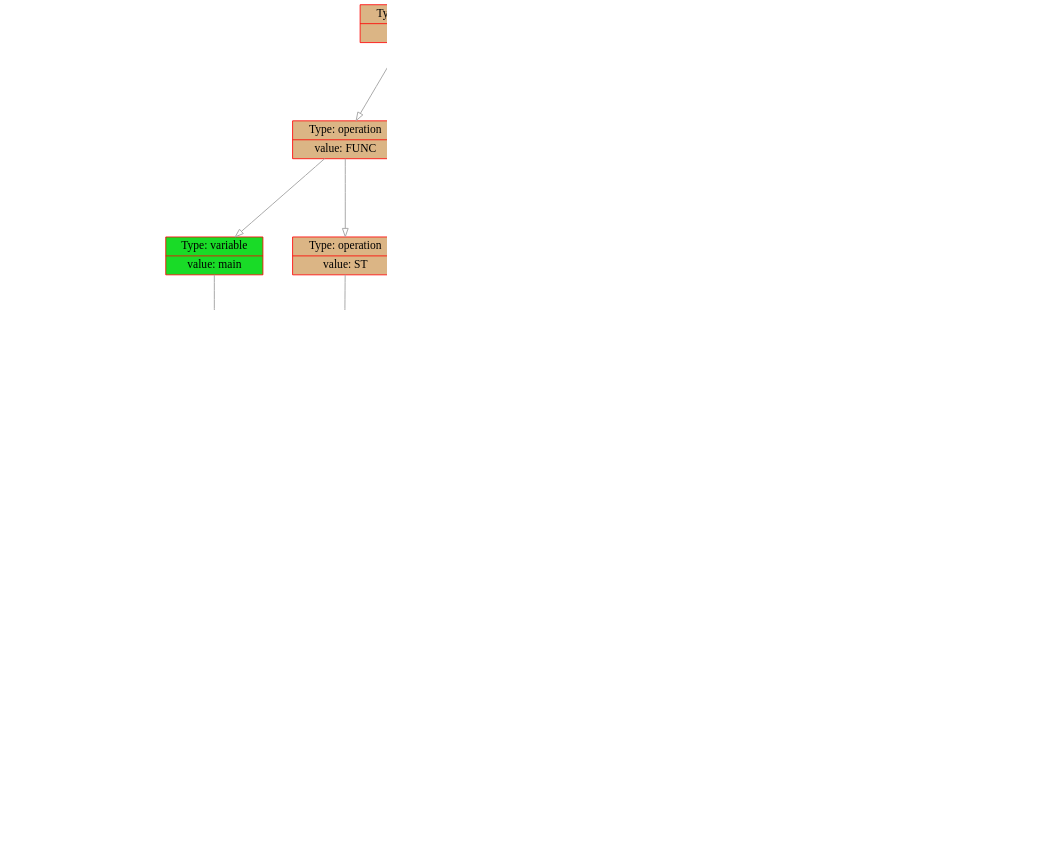
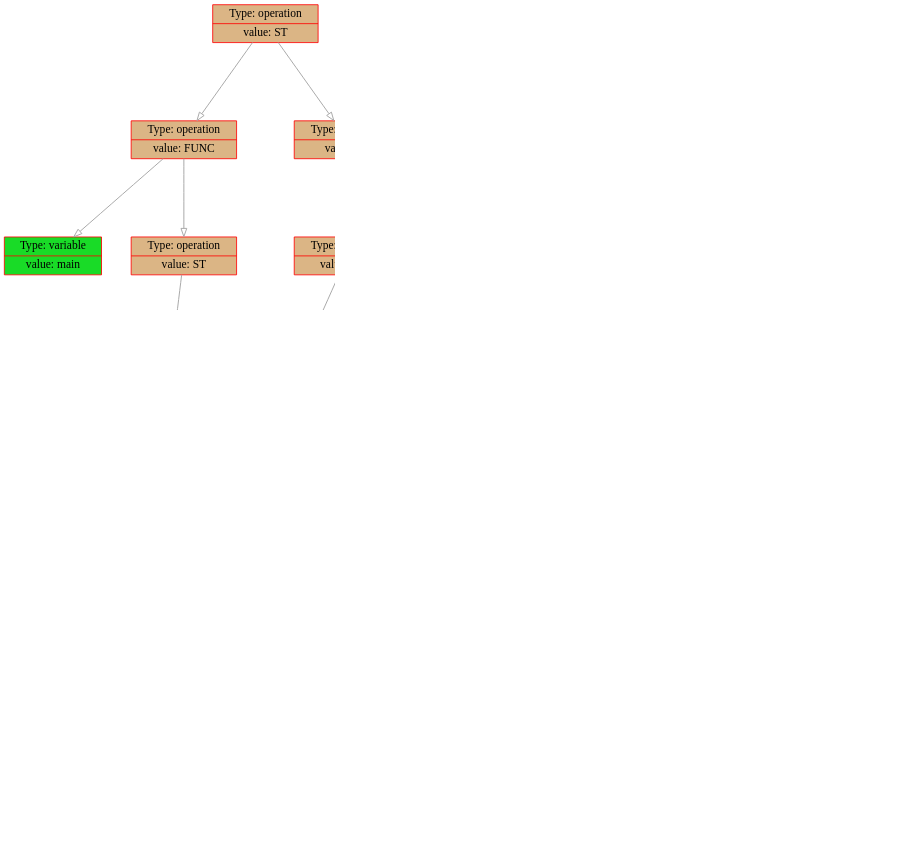
The diagram in frontend/data/graph.dot (dodokek/ProgrammingLanguage), drawn with Graphviz before and after one commit. The commit also changed 9 other files, not shown here.

```diff
--- a/frontend/data/graph.dot
+++ b/frontend/data/graph.dot
@@ -1,103 +1,79 @@
 
     digraph g {
         dpi      = 200;
         fontname = "Comic Sans MS";
         fontsize = 20;
         rankdir   =  TB;
         edge [color = darkgrey, arrowhead = onormal, arrowsize = 1, penwidth = 1.2]
         graph[fillcolor = lightgreen, ranksep = 1.3, nodesep = 0.5,
         style = "rounded, filled",color = green, penwidth = 2]
 
-    Node0000028019688ca0[shape=record, width=0.2, style="filled", color="red", fillcolor="#DBB585",label=" {Type: operation | value: ST}"] 
+    Node000002667b0a8450[shape=record, width=0.2, style="filled", color="red", fillcolor="#DBB585",label=" {Type: operation | value: ST}"] 
  
-Node0000028019688410[shape=record, width=0.2, style="filled", color="red", fillcolor="#DBB585",label=" {Type: operation | value: FUNC}"] 
+Node000002667b0a7640[shape=record, width=0.2, style="filled", color="red", fillcolor="#DBB585",label=" {Type: operation | value: FUNC}"] 
  
-Node00000280196875b0[shape=record, width=0.2, style="filled", color="red", fillcolor="#19DB27",label=" {Type: variable | value: main}"] 
+Node000002667b0a75b0[shape=record, width=0.2, style="filled", color="red", fillcolor="#19DB27",label=" {Type: variable | value: main}"] 
  
-Node00000280196884a0[shape=record, width=0.2, style="filled", color="red", fillcolor="#DBB585",label=" {Type: operation | value: PARAM}"] 
+Node000002667b0a7610[shape=record, width=0.2, style="filled", color="red", fillcolor="#DBB585",label=" {Type: operation | value: ST}"] 
  
-Node0000028019687640[shape=record, width=0.2, style="filled", color="red", fillcolor="#DBB585",label=" {Type: operation | value: VAR}"] 
+Node000002667b0a75e0[shape=record, width=0.2, style="filled", color="red", fillcolor="#DB8E21",label=" {Type: number | value: 2}"] 
  
-Node00000280196875e0[shape=record, width=0.2, style="filled", color="red", fillcolor="#19DB27",label=" {Type: variable | value: X}"] 
+Node000002667b0a83f0[shape=record, width=0.2, style="filled", color="red", fillcolor="#DBB585",label=" {Type: operation | value: ST}"] 
  
-Node0000028019687610[shape=record, width=0.2, style="filled", color="red", fillcolor="#DB8E21",label=" {Type: number | value: 10}"] 
+Node000002667b0a8070[shape=record, width=0.2, style="filled", color="red", fillcolor="#DBB585",label=" {Type: operation | value: VAR}"] 
  
-Node00000280196880c0[shape=record, width=0.2, style="filled", color="red", fillcolor="#DBB585",label=" {Type: operation | value: PARAM}"] 
+Node000002667b0a8010[shape=record, width=0.2, style="filled", color="red", fillcolor="#19DB27",label=" {Type: variable | value: Y}"] 
  
-Node0000028019688090[shape=record, width=0.2, style="filled", color="red", fillcolor="#DBB585",label=" {Type: operation | value: VAR}"] 
+Node000002667b0a8040[shape=record, width=0.2, style="filled", color="red", fillcolor="#DB8E21",label=" {Type: number | value: 20}"] 
  
-Node0000028019688030[shape=record, width=0.2, style="filled", color="red", fillcolor="#19DB27",label=" {Type: variable | value: X}"] 
+Node000002667b0a83c0[shape=record, width=0.2, style="filled", color="red", fillcolor="#DBB585",label=" {Type: operation | value: ST}"] 
  
-Node0000028019688060[shape=record, width=0.2, style="filled", color="red", fillcolor="#DB8E21",label=" {Type: number | value: 10}"] 
+Node000002667b0a8420[shape=record, width=0.2, style="filled", color="red", fillcolor="#DBB585",label=" {Type: operation | value: IF}"] 
  
-Node0000028019688200[shape=record, width=0.2, style="filled", color="red", fillcolor="#DBB585",label=" {Type: operation | value: ST}"] 
+Node000002667b0a8180[shape=record, width=0.2, style="filled", color="red", fillcolor="#DBB585",label=" {Type: operation | value: ADD}"] 
  
-Node0000028019688290[shape=record, width=0.2, style="filled", color="red", fillcolor="#DB8E21",label=" {Type: number | value: 2}"] 
+Node000002667b0a80a0[shape=record, width=0.2, style="filled", color="red", fillcolor="#DB8E21",label=" {Type: number | value: 2}"] 
  
-Node00000280196886d0[shape=record, width=0.2, style="filled", color="red", fillcolor="#DBB585",label=" {Type: operation | value: ST}"] 
+Node000002667b0a8150[shape=record, width=0.2, style="filled", color="red", fillcolor="#DB8E21",label=" {Type: number | value: 2}"] 
  
-Node00000280196882c0[shape=record, width=0.2, style="filled", color="red", fillcolor="#DBB585",label=" {Type: operation | value: VAR}"] 
+Node000002667b0a8120[shape=record, width=0.2, style="filled", color="red", fillcolor="#DBB585",label=" {Type: operation | value: ELSE}"] 
  
-Node00000280196882f0[shape=record, width=0.2, style="filled", color="red", fillcolor="#19DB27",label=" {Type: variable | value: Y}"] 
+Node000002667b0a8360[shape=record, width=0.2, style="filled", color="red", fillcolor="#DBB585",label=" {Type: operation | value: ST}"] 
  
-Node0000028019688260[shape=record, width=0.2, style="filled", color="red", fillcolor="#DB8E21",label=" {Type: number | value: 20}"] 
+Node000002667b0a8390[shape=record, width=0.2, style="filled", color="red", fillcolor="#DBB585",label=" {Type: operation | value: VAR}"] 
  
-Node0000028019688c10[shape=record, width=0.2, style="filled", color="red", fillcolor="#DBB585",label=" {Type: operation | value: ST}"] 
+Node000002667b0a8480[shape=record, width=0.2, style="filled", color="red", fillcolor="#19DB27",label=" {Type: variable | value: Y}"] 
  
-Node00000280196885e0[shape=record, width=0.2, style="filled", color="red", fillcolor="#DBB585",label=" {Type: operation | value: IF}"] 
+Node000002667b0a81b0[shape=record, width=0.2, style="filled", color="red", fillcolor="#DB8E21",label=" {Type: number | value: 2}"] 
  
-Node0000028019688440[shape=record, width=0.2, style="filled", color="red", fillcolor="#DBB585",label=" {Type: operation | value: ADD}"] 
+Node000002667b0a8210[shape=record, width=0.2, style="filled", color="red", fillcolor="#DBB585",label=" {Type: operation | value: ST}"] 
  
-Node0000028019688320[shape=record, width=0.2, style="filled", color="red", fillcolor="#DB8E21",label=" {Type: number | value: 2}"] 
+Node000002667b0a8330[shape=record, width=0.2, style="filled", color="red", fillcolor="#DBB585",label=" {Type: operation | value: VAR}"] 
  
-Node0000028019688380[shape=record, width=0.2, style="filled", color="red", fillcolor="#DB8E21",label=" {Type: number | value: 2}"] 
+Node000002667b0a81e0[shape=record, width=0.2, style="filled", color="red", fillcolor="#19DB27",label=" {Type: variable | value: Y}"] 
  
-Node0000028019688350[shape=record, width=0.2, style="filled", color="red", fillcolor="#DBB585",label=" {Type: operation | value: ELSE}"] 
+Node000002667b0a8240[shape=record, width=0.2, style="filled", color="red", fillcolor="#DB8E21",label=" {Type: number | value: 2}"] 
  
-Node0000028019688140[shape=record, width=0.2, style="filled", color="red", fillcolor="#DBB585",label=" {Type: operation | value: ST}"] 
- 
-Node00000280196883b0[shape=record, width=0.2, style="filled", color="red", fillcolor="#DBB585",label=" {Type: operation | value: VAR}"] 
- 
-Node0000028019688470[shape=record, width=0.2, style="filled", color="red", fillcolor="#19DB27",label=" {Type: variable | value: Y}"] 
- 
-Node00000280196883e0[shape=record, width=0.2, style="filled", color="red", fillcolor="#DB8E21",label=" {Type: number | value: 2}"] 
- 
-Node00000280196881d0[shape=record, width=0.2, style="filled", color="red", fillcolor="#DBB585",label=" {Type: operation | value: ST}"] 
- 
-Node0000028019688230[shape=record, width=0.2, style="filled", color="red", fillcolor="#DBB585",label=" {Type: operation | value: VAR}"] 
- 
-Node0000028019688170[shape=record, width=0.2, style="filled", color="red", fillcolor="#19DB27",label=" {Type: variable | value: Y}"] 
- 
-Node00000280196881a0[shape=record, width=0.2, style="filled", color="red", fillcolor="#DB8E21",label=" {Type: number | value: 2}"] 
- 
-Node0000028019688ca0->Node0000028019688410
-Node0000028019688410->Node00000280196875b0
-Node00000280196875b0->Node00000280196884a0
-Node00000280196884a0->Node0000028019687640
-Node0000028019687640->Node00000280196875e0
-Node0000028019687640->Node0000028019687610
-Node00000280196884a0->Node00000280196880c0
-Node00000280196880c0->Node0000028019688090
-Node0000028019688090->Node0000028019688030
-Node0000028019688090->Node0000028019688060
-Node0000028019688410->Node0000028019688200
-Node0000028019688200->Node0000028019688290
-Node0000028019688ca0->Node00000280196886d0
-Node00000280196886d0->Node00000280196882c0
-Node00000280196882c0->Node00000280196882f0
-Node00000280196882c0->Node0000028019688260
-Node00000280196886d0->Node0000028019688c10
-Node0000028019688c10->Node00000280196885e0
-Node00000280196885e0->Node0000028019688440
-Node0000028019688440->Node0000028019688320
-Node0000028019688440->Node0000028019688380
-Node00000280196885e0->Node0000028019688350
-Node0000028019688350->Node0000028019688140
-Node0000028019688140->Node00000280196883b0
-Node00000280196883b0->Node0000028019688470
-Node00000280196883b0->Node00000280196883e0
-Node0000028019688350->Node00000280196881d0
-Node00000280196881d0->Node0000028019688230
-Node0000028019688230->Node0000028019688170
-Node0000028019688230->Node00000280196881a0
+Node000002667b0a8450->Node000002667b0a7640
+Node000002667b0a7640->Node000002667b0a75b0
+Node000002667b0a7640->Node000002667b0a7610
+Node000002667b0a7610->Node000002667b0a75e0
+Node000002667b0a8450->Node000002667b0a83f0
+Node000002667b0a83f0->Node000002667b0a8070
+Node000002667b0a8070->Node000002667b0a8010
+Node000002667b0a8070->Node000002667b0a8040
+Node000002667b0a83f0->Node000002667b0a83c0
+Node000002667b0a83c0->Node000002667b0a8420
+Node000002667b0a8420->Node000002667b0a8180
+Node000002667b0a8180->Node000002667b0a80a0
+Node000002667b0a8180->Node000002667b0a8150
+Node000002667b0a8420->Node000002667b0a8120
+Node000002667b0a8120->Node000002667b0a8360
+Node000002667b0a8360->Node000002667b0a8390
+Node000002667b0a8390->Node000002667b0a8480
+Node000002667b0a8390->Node000002667b0a81b0
+Node000002667b0a8120->Node000002667b0a8210
+Node000002667b0a8210->Node000002667b0a8330
+Node000002667b0a8330->Node000002667b0a81e0
+Node000002667b0a8330->Node000002667b0a8240
 }
```
